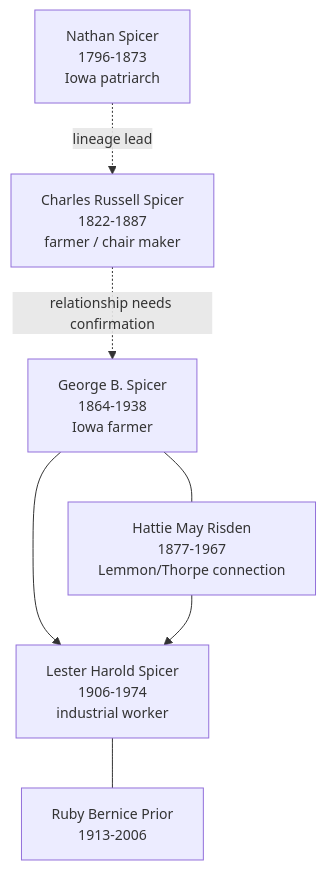
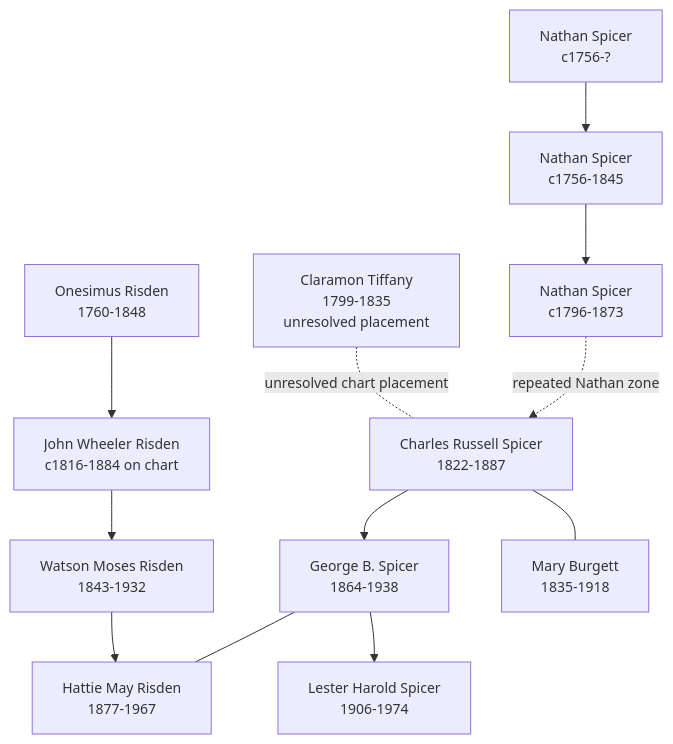
The diagram in Topics/Spicer Risden Branch Summary.md (zcopley/thorpe-family-research), drawn with Mermaid before and after one commit. The commit also changed other lines of this file and 45 other files, not shown here.

Commit message:
Process remaining pedigree timelines

````diff
--- a/Topics/Spicer Risden Branch Summary.md
+++ b/Topics/Spicer Risden Branch Summary.md
@@ -16,17 +16,28 @@
 ```mermaid
 %%{init: {'flowchart': {'htmlLabels': true}, 'theme': 'default', 'themeVariables': {'primaryTextColor': '#000000', 'primaryBorderColor': '#333333', 'lineColor': '#333333', 'fontSize': '14px'}}}%%
 graph TD
-  NS["Nathan Spicer<br/>1796-1873<br/>Iowa patriarch"]
-  CRS["Charles Russell Spicer<br/>1822-1887<br/>farmer / chair maker"]
-  GBS["George B. Spicer<br/>1864-1938<br/>Iowa farmer"]
-  HMR["Hattie May Risden<br/>1877-1967<br/>Lemmon/Thorpe connection"]
-  LHS["Lester Harold Spicer<br/>1906-1974<br/>industrial worker"]
-  RBP["Ruby Bernice Prior<br/>1913-2006"]
+  NS1["Nathan Spicer<br/>c1756-?"]
+  NS2["Nathan Spicer<br/>c1756-1845"]
+  NS3["Nathan Spicer<br/>c1796-1873"]
+  CT["Claramon Tiffany<br/>1799-1835<br/>unresolved placement"]
+  CRS["Charles Russell Spicer<br/>1822-1887"]
+  GBS["George B. Spicer<br/>1864-1938"]
+  HMR["Hattie May Risden<br/>1877-1967"]
+  LHS["Lester Harold Spicer<br/>1906-1974"]
+  OMR["Onesimus Risden<br/>1760-1848"]
+  JWR["John Wheeler Risden<br/>c1816-1884 on chart"]
+  WMR["Watson Moses Risden<br/>1843-1932"]
+  MB["Mary Burgett<br/>1835-1918"]
 
-  NS -. "lineage lead" .-> CRS
-  CRS -. "relationship needs confirmation" .-> GBS
+  NS1 --> NS2
+  NS2 --> NS3
+  NS3 -. repeated Nathan zone .-> CRS
+  CT -. unresolved chart placement .- CRS
+  CRS --- MB
+  CRS --> GBS
   GBS --- HMR
   GBS --> LHS
-  HMR --> LHS
-  LHS --- RBP
+  OMR --> JWR
+  JWR --> WMR
+  WMR --> HMR
 ```
````
